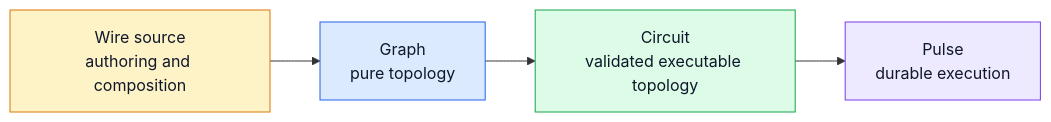
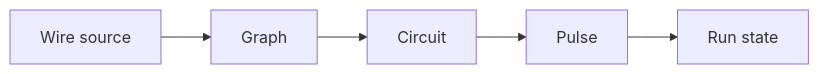
The diagram in docs/Architecture/04-graph-and-circuit.md (Digimuoto/cortex), drawn with Mermaid before and after one commit. The commit also changed other lines of this file and 63 other files, not shown here.

````diff
--- a/docs/Architecture/04-graph-and-circuit.md
+++ b/docs/Architecture/04-graph-and-circuit.md
@@ -31,11 +31,7 @@
 ```mermaid
 flowchart LR
-    W[Wire source<br/>authoring and composition] --> G[Graph<br/>pure topology]
-    G --> C[Circuit<br/>validated executable topology]
-    C --> P[Pulse<br/>durable execution]
-
-    style W fill:#fef3c7,stroke:#d97706,color:#0f172a
-    style G fill:#dbeafe,stroke:#2563eb,color:#0f172a
-    style C fill:#dcfce7,stroke:#16a34a,color:#0f172a
-    style P fill:#ede9fe,stroke:#7c3aed,color:#0f172a
+    W[Wire source] --> G[Graph]
+    G --> C[Circuit]
+    C --> P[Pulse]
+    P --> R[Run state]
 ```
````
